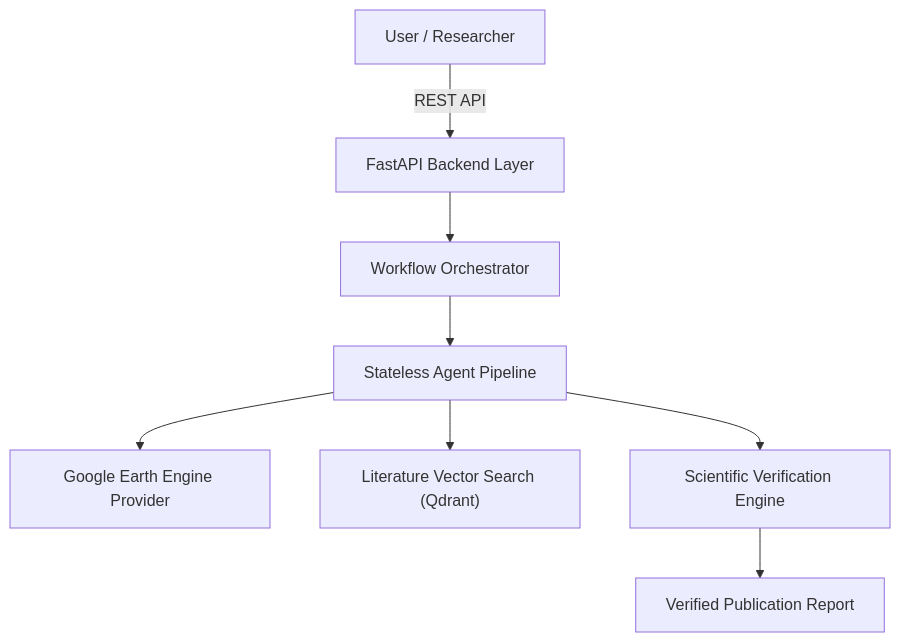
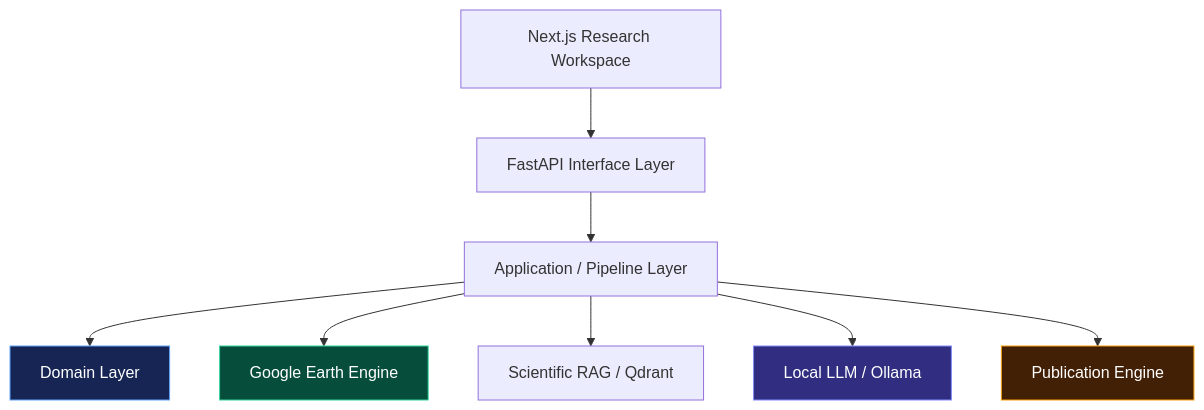
The second of 2 diagrams in README.md (Devyash0601/Atlas), drawn with Mermaid before and after one commit. The commit also changed other lines of this file and 3 other files, not shown here.

````diff
--- a/README.md
+++ b/README.md
@@ -35,10 +361,24 @@
 ```mermaid
-graph TD
-    User["User / Researcher"] -->|REST API| API["FastAPI Backend Layer"]
-    API --> Orchestrator["Workflow Orchestrator"]
-    Orchestrator --> Agents["Stateless Agent Pipeline"]
-    Agents --> GEE["Google Earth Engine Provider"]
-    Agents --> RAG["Literature Vector Search (Qdrant)"]
-    Agents --> Verifier["Scientific Verification Engine"]
-    Verifier --> Report["Verified Publication Report"]
+flowchart TB
+    UI["Next.js Research Workspace"]
+    API["FastAPI Interface Layer"]
+    APP["Application / Pipeline Layer"]
+    DOMAIN["Domain Layer"]
+    GEE["Google Earth Engine"]
+    RAG["Scientific RAG / Qdrant"]
+    LLM["Local LLM / Ollama"]
+    PUB["Publication Engine"]
+
+    UI --> API
+    API --> APP
+    APP --> DOMAIN
+    APP --> GEE
+    APP --> RAG
+    APP --> LLM
+    APP --> PUB
+
+    style DOMAIN fill:#172554,stroke:#60a5fa,color:#fff
+    style GEE fill:#064e3b,stroke:#34d399,color:#fff
+    style LLM fill:#312e81,stroke:#818cf8,color:#fff
+    style PUB fill:#422006,stroke:#f59e0b,color:#fff
 ```
````
